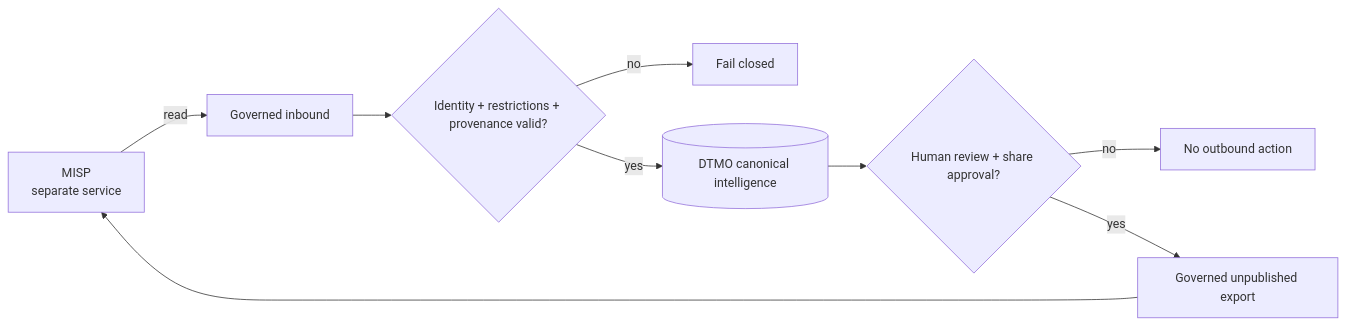
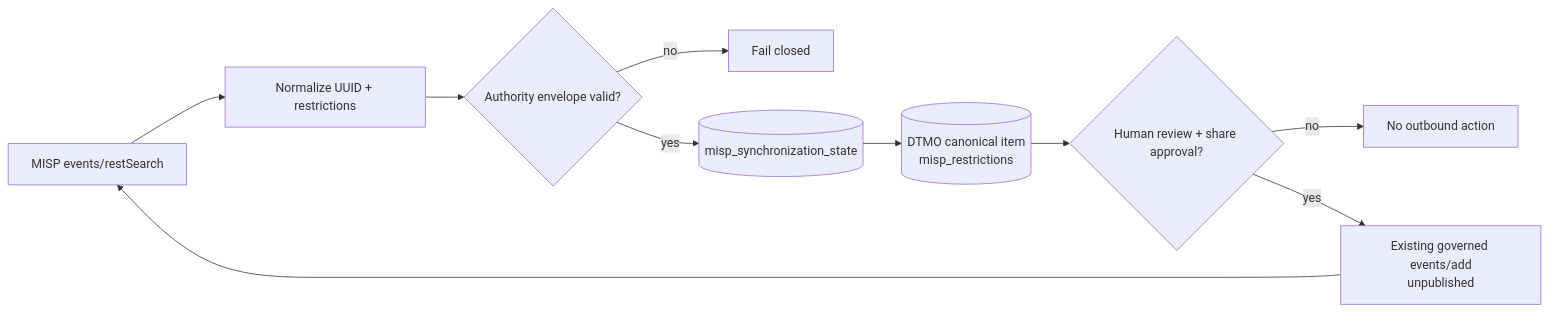
One commit to GJvManen/dtmo changed the diagram in docs/project/CURRENT_STATE.md. Above: the diagram before and after it, drawn with Mermaid. The commit also changed other lines of this file, not shown here.

Commit message:
Move Phase 11.5 to MISP state implementation validation

````diff
--- a/docs/project/CURRENT_STATE.md
+++ b/docs/project/CURRENT_STATE.md
@@ -60,11 +52,12 @@
 ```mermaid
 flowchart LR
-    M[MISP\nseparate service] -->|read| R[Governed inbound]
-    R --> V{Identity + restrictions + provenance valid?}
+    M[MISP events/restSearch] --> N[Normalize UUID + restrictions]
+    N --> V{Authority envelope valid?}
     V -->|no| X[Fail closed]
-    V -->|yes| D[(DTMO canonical intelligence)]
+    V -->|yes| S[(misp_synchronization_state)]
+    S --> D[(DTMO canonical item\nmisp_restrictions)]
     D --> H{Human review + share approval?}
-    H -->|no| N[No outbound action]
-    H -->|yes| E[Governed unpublished export]
+    H -->|no| Z[No outbound action]
+    H -->|yes| E[Existing governed events/add\nunpublished]
     E --> M
 ```
````
